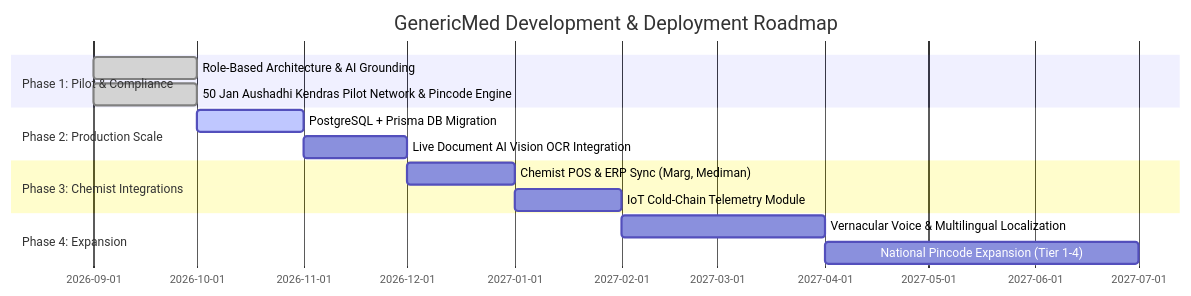
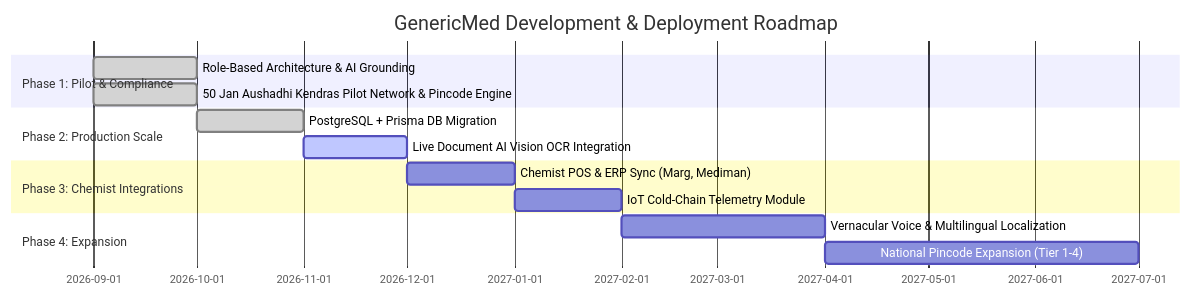
Before and after one commit to shri3090/Shri: the second of 2 diagrams in memory.md, drawn with Mermaid. The commit also changed other lines of this file and 5 other files, not shown here.

````diff
--- a/memory.md
+++ b/memory.md
@@ -257,17 +330,17 @@
 ```mermaid
 gantt
     title GenericMed Development & Deployment Roadmap
     dateFormat  YYYY-MM
     section Phase 1: Pilot & Compliance
     Role-Based Architecture & AI Grounding :done, 2026-09, 2026-10
     50 Jan Aushadhi Kendras Pilot Network & Pincode Engine :done, 2026-09, 2026-10
     section Phase 2: Production Scale
-    PostgreSQL + Prisma DB Migration :active, 2026-10, 2026-11
-    Live Document AI Vision OCR Integration :2026-11, 2026-12
+    PostgreSQL + Prisma DB Migration :done, 2026-10, 2026-11
+    Live Document AI Vision OCR Integration :active, 2026-11, 2026-12
     section Phase 3: Chemist Integrations
     Chemist POS & ERP Sync (Marg, Mediman) :2026-12, 2027-01
     IoT Cold-Chain Telemetry Module :2027-01, 2027-02
     section Phase 4: Expansion
     Vernacular Voice & Multilingual Localization :2027-02, 2027-04
     National Pincode Expansion (Tier 1-4) :2027-04, 2027-07
 ```
````
